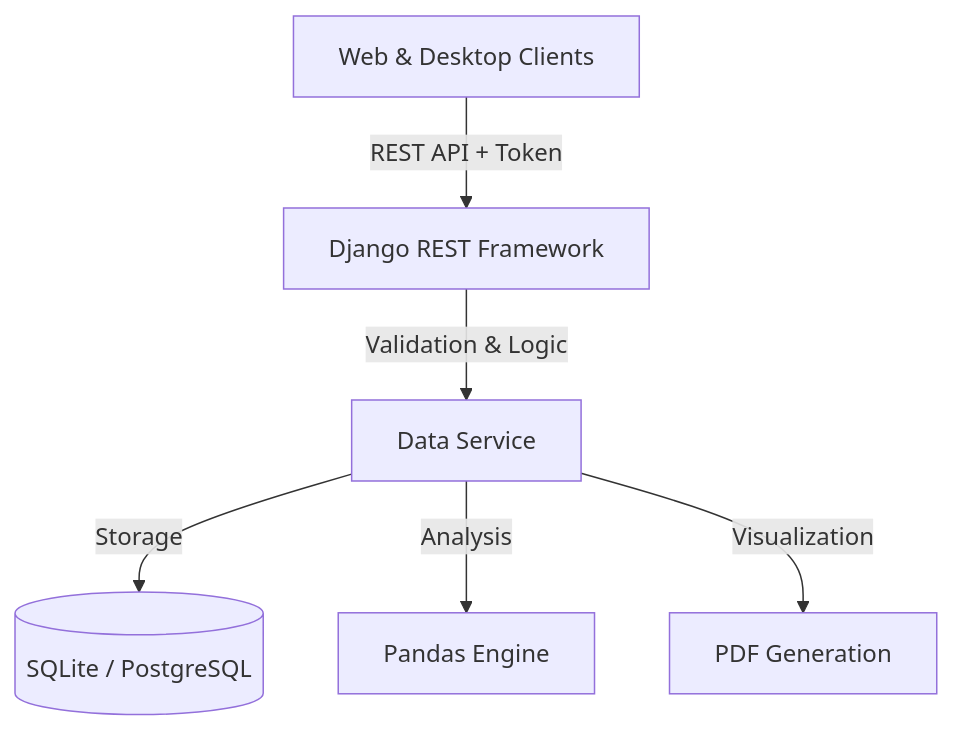
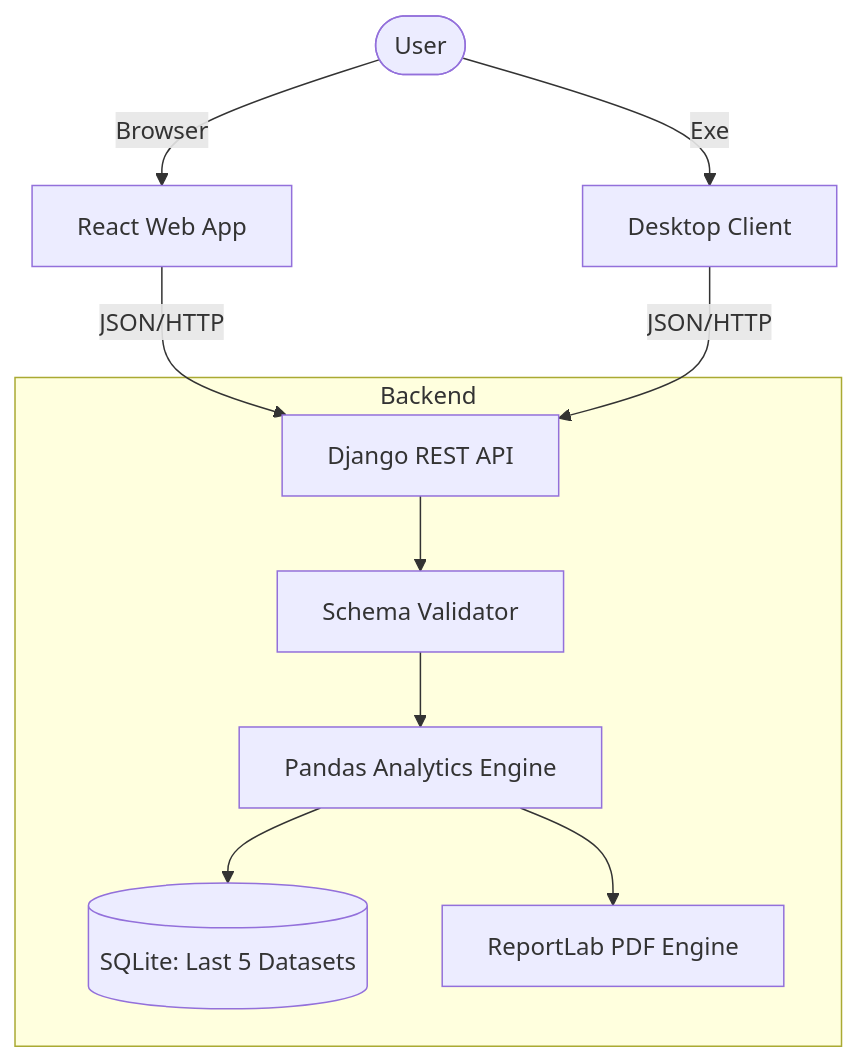
The diagram in README.md (mimo-to/Chemical-Equipment-Parameter-Visualizer), drawn with Mermaid before and after one commit. The commit also changed other lines of this file and 1 other file, not shown here.

````diff
--- a/README.md
+++ b/README.md
@@ -14,8 +73,16 @@
 ```mermaid
 graph TD
-    Client[Web & Desktop Clients] -->|REST API + Token| API[Django REST Framework]
-    API -->|Validation & Logic| Service[Data Service]
-    Service -->|Storage| DB[(SQLite / PostgreSQL)]
-    Service -->|Analysis| Pandas[Pandas Engine]
-    Service -->|Visualization| ReportLab[PDF Generation]
+    User([User])
+    User -->|Browser| Web[React Web App]
+    User -->|Exe| Desk[Desktop Client]
+    
+    Web -->|JSON/HTTP| API[Django REST API]
+    Desk -->|JSON/HTTP| API
+    
+    subgraph Backend
+    API --> Validator[Schema Validator]
+    Validator --> Engine[Pandas Analytics Engine]
+    Engine --> DB[(SQLite: Last 5 Datasets)]
+    Engine --> PDF[ReportLab PDF Engine]
+    end
 ```
````
